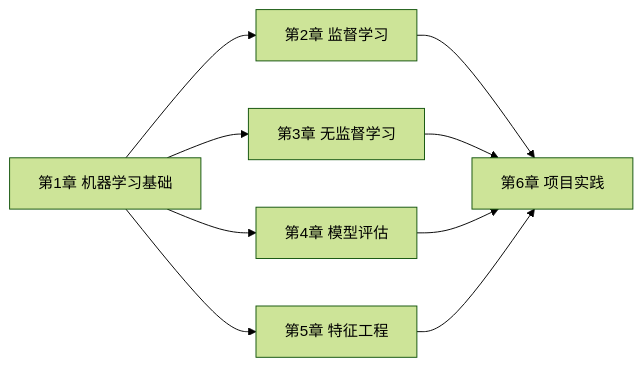
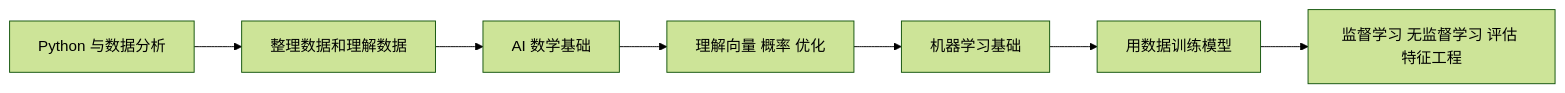
One commit to oudbiao/AI-fullstack-course changed the first of 3 diagrams in docs/stage4/ch01-ml-basics/00-roadmap.md. Above: the diagram before and after it, drawn with Mermaid (forest theme). The commit also changed other lines of this file and 95 other files, not shown here.

````diff
--- a/docs/stage4/ch01-ml-basics/00-roadmap.md
+++ b/docs/stage4/ch01-ml-basics/00-roadmap.md
@@ -62,11 +18,9 @@
 ```mermaid
 flowchart LR
-    A["第1章 机器学习基础"] --> B["第2章 监督学习"]
-    A --> C["第3章 无监督学习"]
-    A --> D["第4章 模型评估"]
-    A --> E["第5章 特征工程"]
-    B --> F["第6章 项目实践"]
-    C --> F
-    D --> F
-    E --> F
+  A[Python 与数据分析] --> B[整理数据和理解数据]
+  B --> C[AI 数学基础]
+  C --> D[理解向量 概率 优化]
+  D --> E[机器学习基础]
+  E --> F[用数据训练模型]
+  F --> G[监督学习 无监督学习 评估 特征工程]
 ```
````
